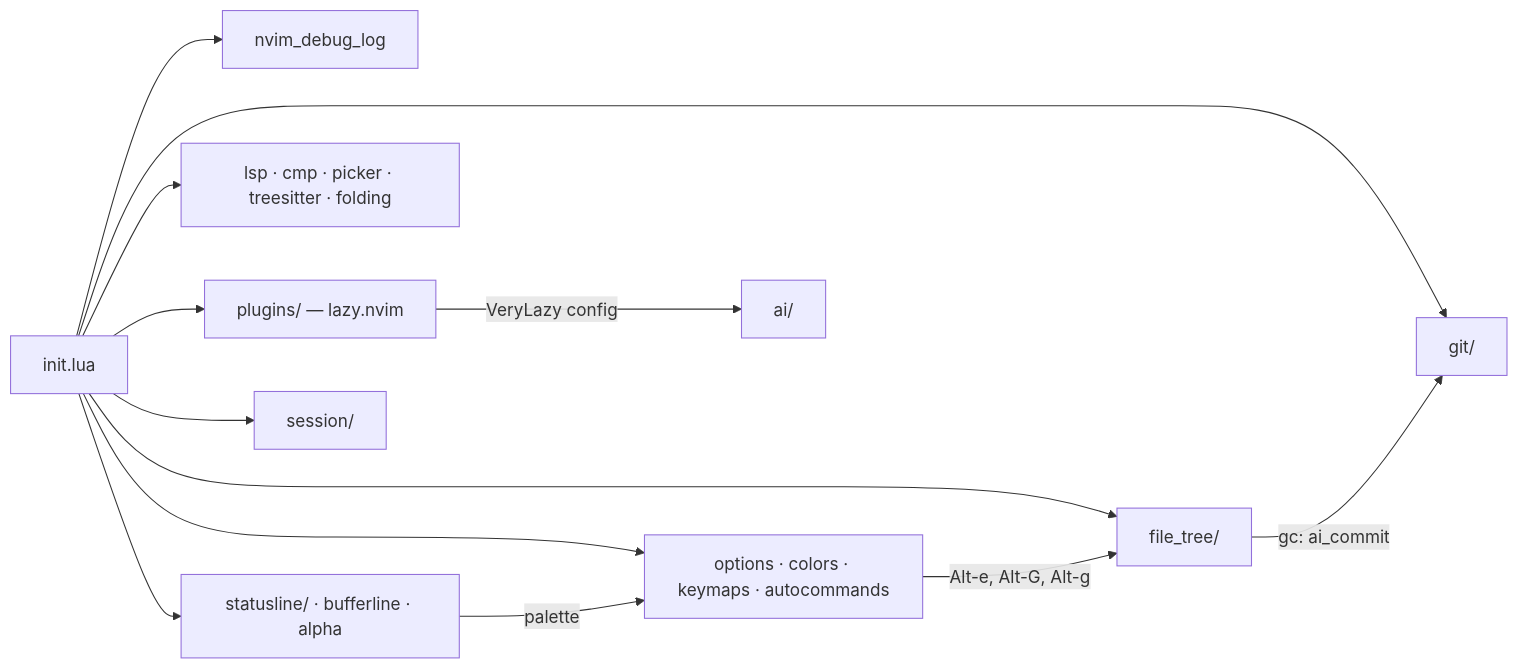
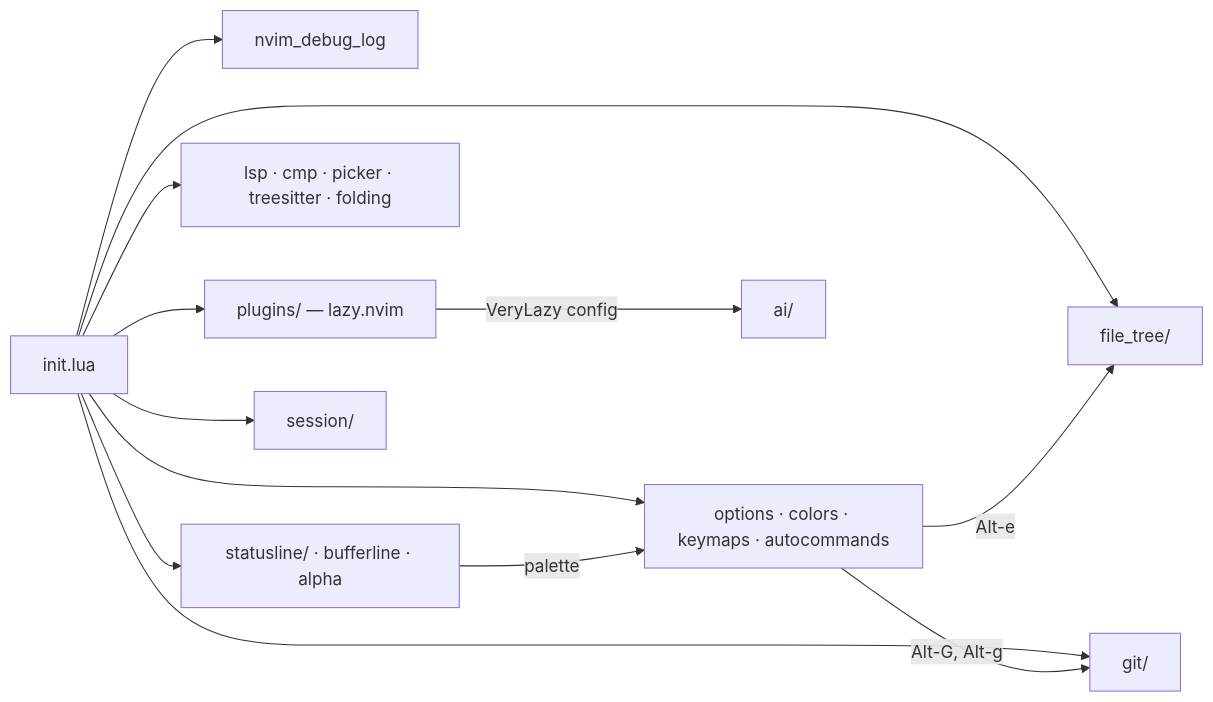
One commit to GlebBeloded/nvim.config changed the first of 4 diagrams in docs/architecture.md. Above: the diagram before and after it, drawn with Mermaid. The commit also changed other lines of this file and 13 other files, not shown here.

````diff
--- a/docs/architecture.md
+++ b/docs/architecture.md
@@ -49,19 +49,19 @@
 ```mermaid
 flowchart LR
     init["init.lua"]
     dbg["nvim_debug_log"]
     lazy["plugins/ — lazy.nvim"]
     core["options · colors · keymaps · autocommands"]
     edit["lsp · cmp · picker · treesitter · folding"]
     ui["statusline/ · bufferline · alpha"]
     ft["file_tree/"]
     git["git/"]
     ses["session/"]
     ai["ai/"]
 
     init --> dbg & lazy & core & edit & ui & ft & git & ses
     lazy -- "VeryLazy config" --> ai
-    core -- "Alt-e, Alt-G, Alt-g" --> ft
-    ft -- "gc: ai_commit" --> git
+    core -- "Alt-e" --> ft
+    core -- "Alt-G, Alt-g" --> git
     ui -- "palette" --> core
 ```
````
